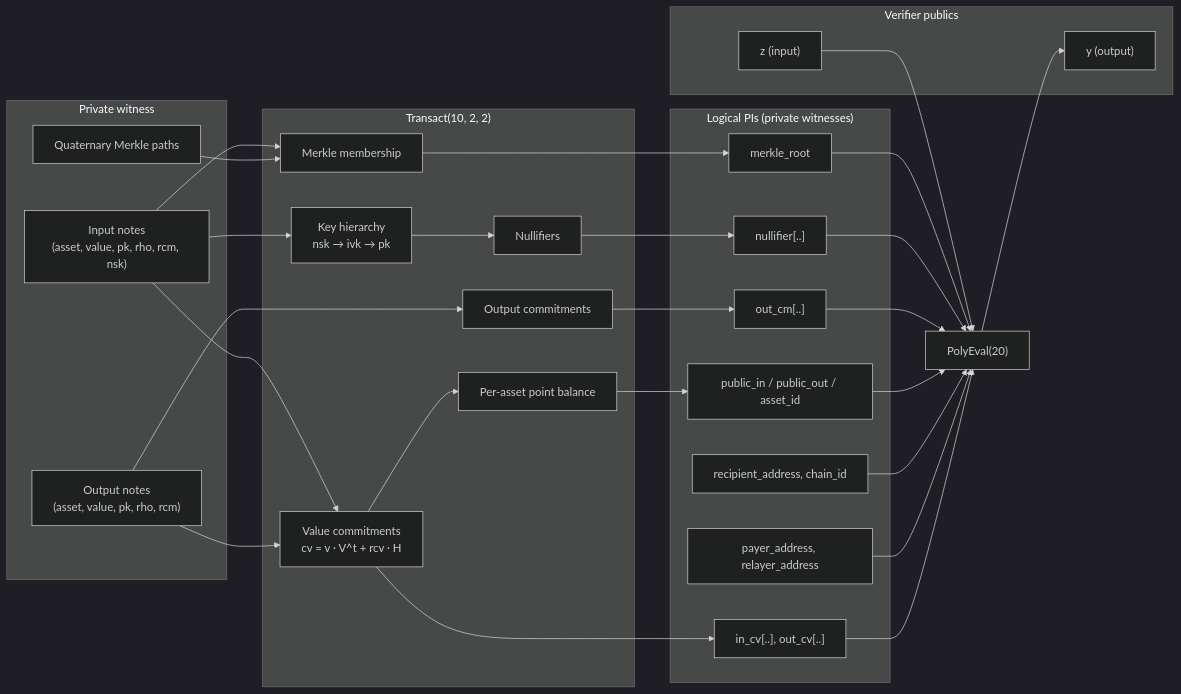
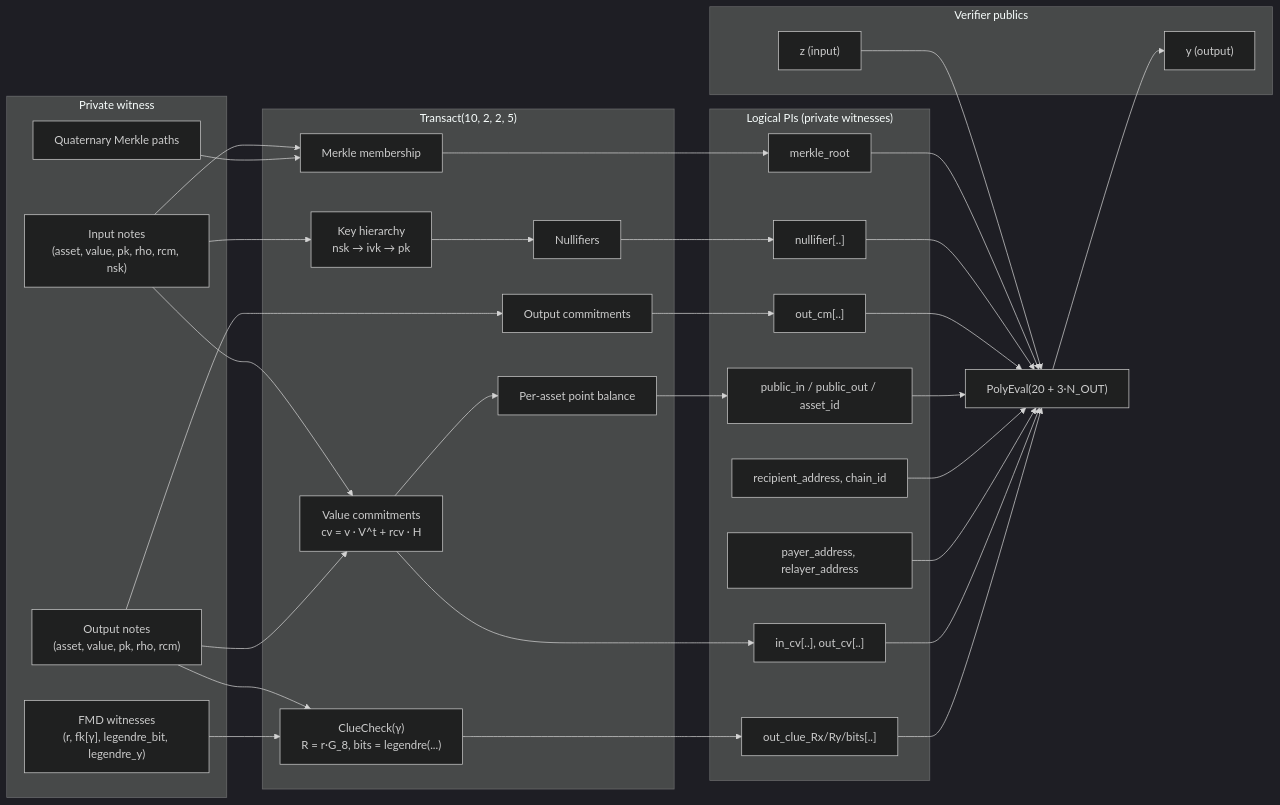
One commit to lelantos-org/circuits changed the first of 5 diagrams in src/README.md. Above: the diagram before and after it, drawn with Mermaid (dark theme). The commit also changed other lines of this file and 10 other files, not shown here.

````diff
--- a/src/README.md
+++ b/src/README.md
@@ -136,44 +161,50 @@
 ```mermaid
 flowchart LR
     subgraph Witness["Private witness"]
         IN["Input notes<br/>(asset, value, pk, rho, rcm, nsk)"]
         OUT["Output notes<br/>(asset, value, pk, rho, rcm)"]
         MP["Quaternary Merkle paths"]
+        FMD["FMD witnesses<br/>(r, fk[γ], legendre_bit, legendre_y)"]
     end
-    subgraph Circuit["Transact(10, 2, 2)"]
+    subgraph Circuit["Transact(10, 2, 2, 5)"]
         K["Key hierarchy<br/>nsk → ivk → pk"]
         NF["Nullifiers"]
         MT["Merkle membership"]
         CV["Value commitments<br/>cv = v · V^t + rcv · H"]
         BAL["Per-asset point balance"]
         CM["Output commitments"]
+        CL["ClueCheck(γ)<br/>R = r·G_8, bits = legendre(...)"]
     end
     subgraph Logical["Logical PIs (private witnesses)"]
         ROOT["merkle_root"]
         NFS["nullifier[..]"]
         CMS["out_cm[..]"]
         PB["public_in / public_out / asset_id"]
         REC["recipient_address, chain_id"]
         ADDR["payer_address, relayer_address"]
         CVS["in_cv[..], out_cv[..]"]
+        CLS["out_clue_Rx/Ry/bits[..]"]
     end
     subgraph Pub["Verifier publics"]
         Z["z (input)"]
         Y["y (output)"]
     end
     IN --> K --> NF --> NFS
     IN --> MT --> ROOT
     MP --> MT
     IN --> CV --> CVS
     OUT --> CV
     CV --> BAL --> PB
     OUT --> CM --> CMS
-    ROOT --> PE["PolyEval(20)"]
+    OUT --> CL
+    FMD --> CL --> CLS
+    ROOT --> PE["PolyEval(20 + 3·N_OUT)"]
     NFS --> PE
     CMS --> PE
     PB --> PE
     REC --> PE
     ADDR --> PE
     CVS --> PE
+    CLS --> PE
     Z --> PE --> Y
 ```
````
